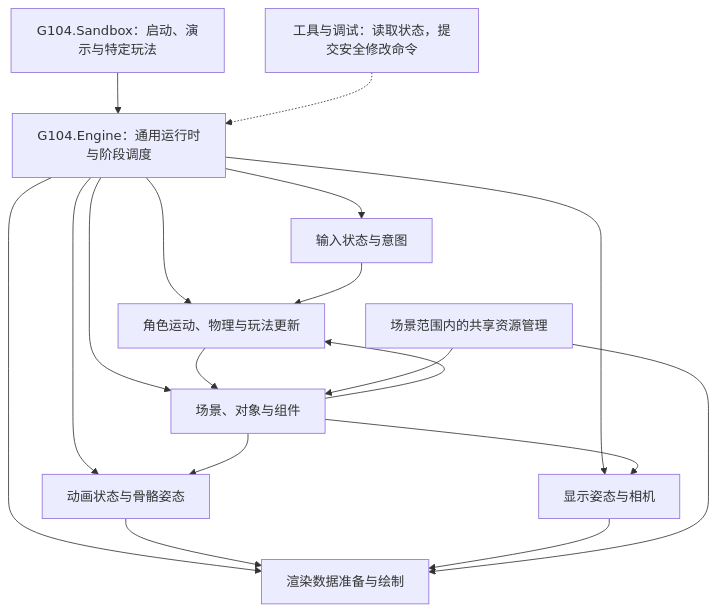
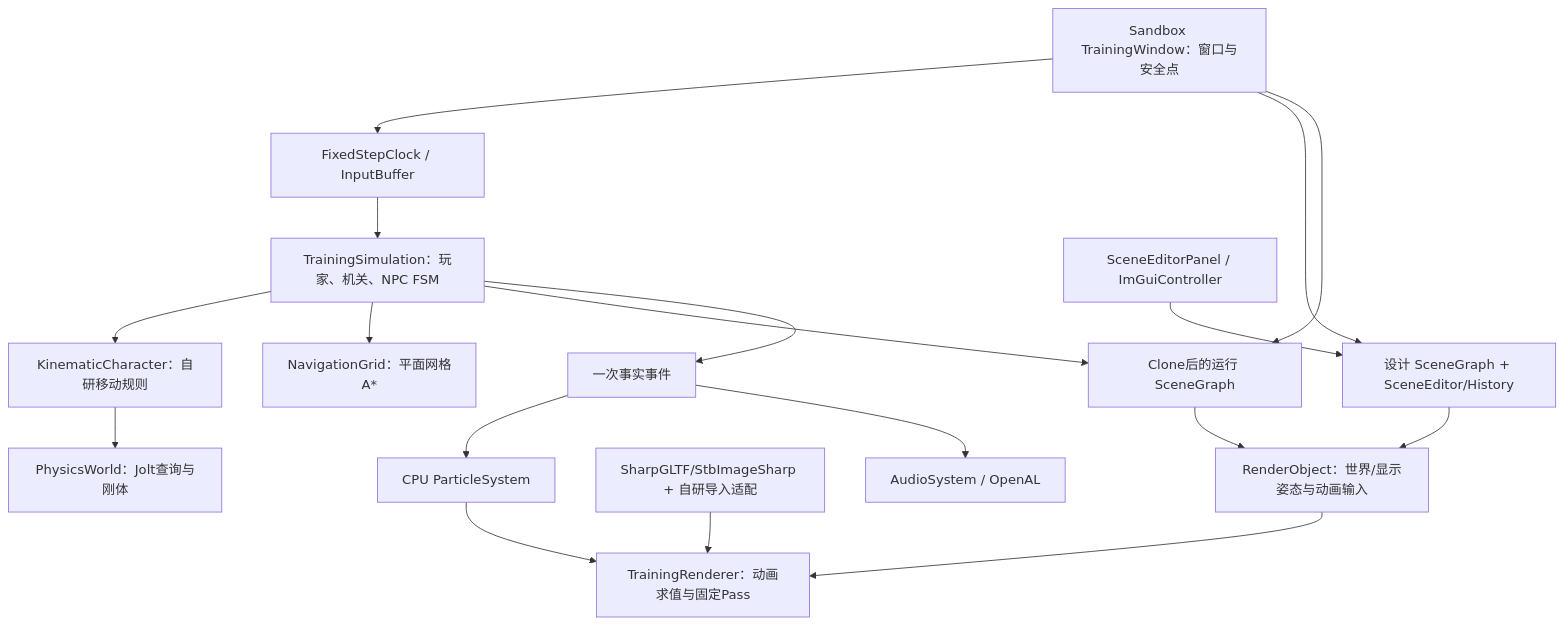
Before and after one commit to zxpeng83/games104-engine: the diagram in g104engine/docs/architecture.md, drawn with Mermaid. The commit also changed other lines of this file and 107 other files, not shown here.

````diff
--- a/g104engine/docs/architecture.md
+++ b/g104engine/docs/architecture.md
@@ -50,20 +28,20 @@
 ```mermaid
 flowchart TD
-    Sandbox["G104.Sandbox：启动、演示与特定玩法"] --> Runtime["G104.Engine：通用运行时与阶段调度"]
-    Runtime --> Input["输入状态与意图"]
-    Runtime --> Scene["场景、对象与组件"]
-    Runtime --> Simulation["角色运动、物理与玩法更新"]
-    Runtime --> Animation["动画状态与骨骼姿态"]
-    Runtime --> Presentation["显示姿态与相机"]
-    Runtime --> Renderer["渲染数据准备与绘制"]
-    Scene --> Simulation
-    Input --> Simulation
-    Simulation --> Scene
-    Scene --> Animation
-    Scene --> Presentation
-    Animation --> Renderer
-    Presentation --> Renderer
-    Resources["场景范围内的共享资源管理"] --> Scene
-    Resources --> Renderer
-    Tools["工具与调试：读取状态，提交安全修改命令"] -.-> Runtime
+    Window["Sandbox TrainingWindow：窗口与安全点"] --> Core["FixedStepClock / InputBuffer"]
+    Window --> Design["设计 SceneGraph + SceneEditor/History"]
+    Window --> Runtime["Clone后的运行 SceneGraph"]
+    Core --> Simulation["TrainingSimulation：玩家、机关、NPC FSM"]
+    Simulation --> Character["KinematicCharacter：自研移动规则"]
+    Character --> Physics["PhysicsWorld：Jolt查询与刚体"]
+    Simulation --> Navigation["NavigationGrid：平面网格A*"]
+    Simulation --> Runtime
+    Runtime --> RenderData["RenderObject：世界/显示姿态与动画输入"]
+    Design --> RenderData
+    RenderData --> Renderer["TrainingRenderer：动画求值与固定Pass"]
+    Assets["SharpGLTF/StbImageSharp + 自研导入适配"] --> Renderer
+    Simulation --> Facts["一次事实事件"]
+    Facts --> Particles["CPU ParticleSystem"]
+    Facts --> Audio["AudioSystem / OpenAL"]
+    Panel["SceneEditorPanel / ImGuiController"] --> Design
+    Particles --> Renderer
 ```
````
